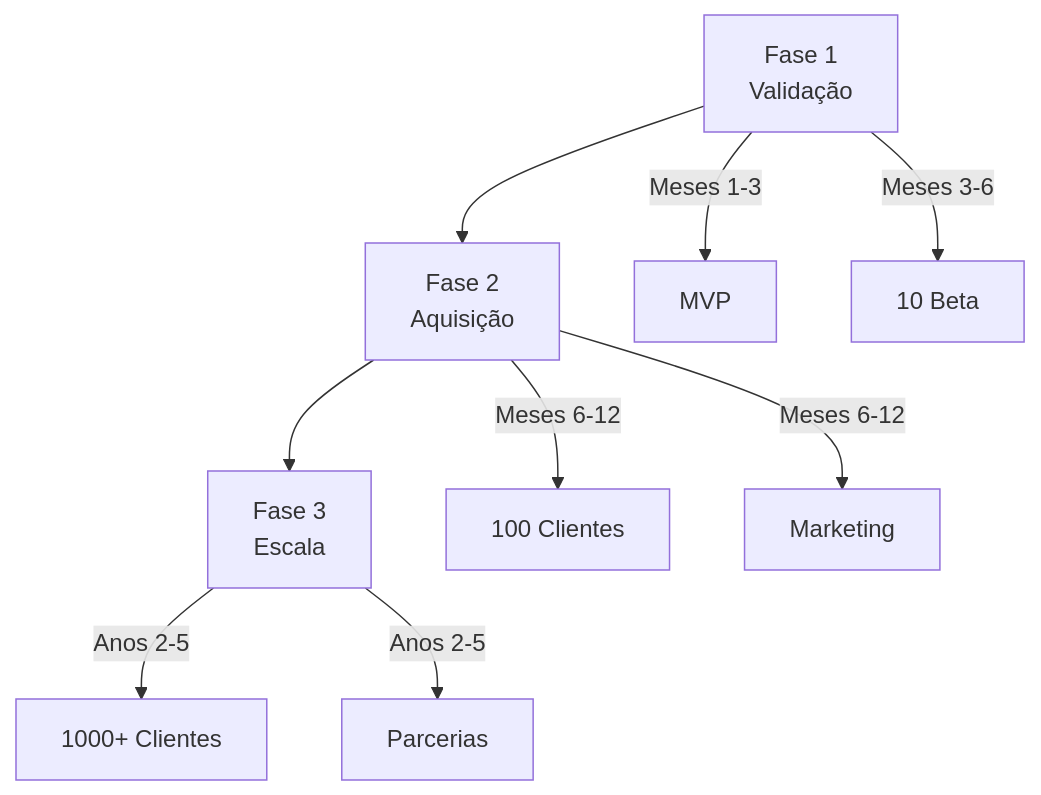
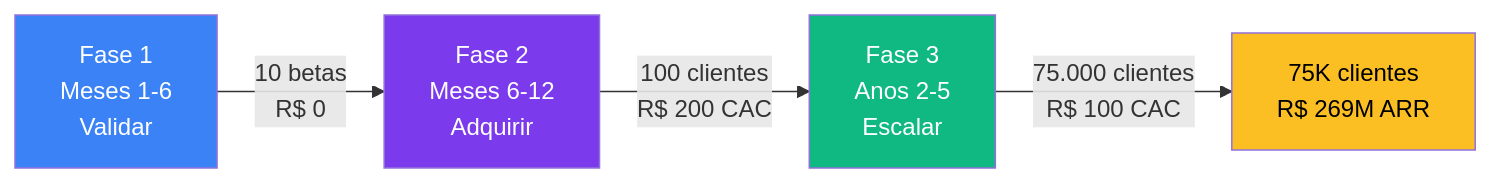
The first of 9 diagrams in documentation/docs/estrategia/go-to-market.mdx (matheusmendes720/workconnect-tcc), drawn with Mermaid before and after one commit. The commit also changed other lines of this file and 16 other files, not shown here.

````diff
--- a/documentation/docs/estrategia/go-to-market.mdx
+++ b/documentation/docs/estrategia/go-to-market.mdx
@@ -19,14 +19,15 @@
 ```mermaid
-flowchart TB
-    F1["Fase 1<br/>Validação"] --> F2["Fase 2<br/>Aquisição"]
-    F2 --> F3["Fase 3<br/>Escala"]
-    
-    F1 -->|"Meses 1-3"| V1[MVP]
-    F1 -->|"Meses 3-6"| B1[10 Beta]
-    
-    F2 -->|"Meses 6-12"| C1[100 Clientes]
-    F2 -->|"Meses 6-12"| M1[Marketing]
-    
-    F3 -->|"Anos 2-5"| S1[1000+ Clientes]
-    F3 -->|"Anos 2-5"| P1[Parcerias]
+flowchart LR
+    F1["Fase 1<br/>Meses 1-6<br/>Validar"]
+    F2["Fase 2<br/>Meses 6-12<br/>Adquirir"]
+    F3["Fase 3<br/>Anos 2-5<br/>Escalar"]
+
+    F1 -->|10 betas<br/>R$ 0| F2
+    F2 -->|100 clientes<br/>R$ 200 CAC| F3
+    F3 -->|75.000 clientes<br/>R$ 100 CAC| DONE[75K clientes<br/>R$ 269M ARR]
+
+    style F1 fill:#3b82f6,color:#fff
+    style F2 fill:#7c3aed,color:#fff
+    style F3 fill:#10b981,color:#fff
+    style DONE fill:#fbbf24,color:#000
 ```
````
